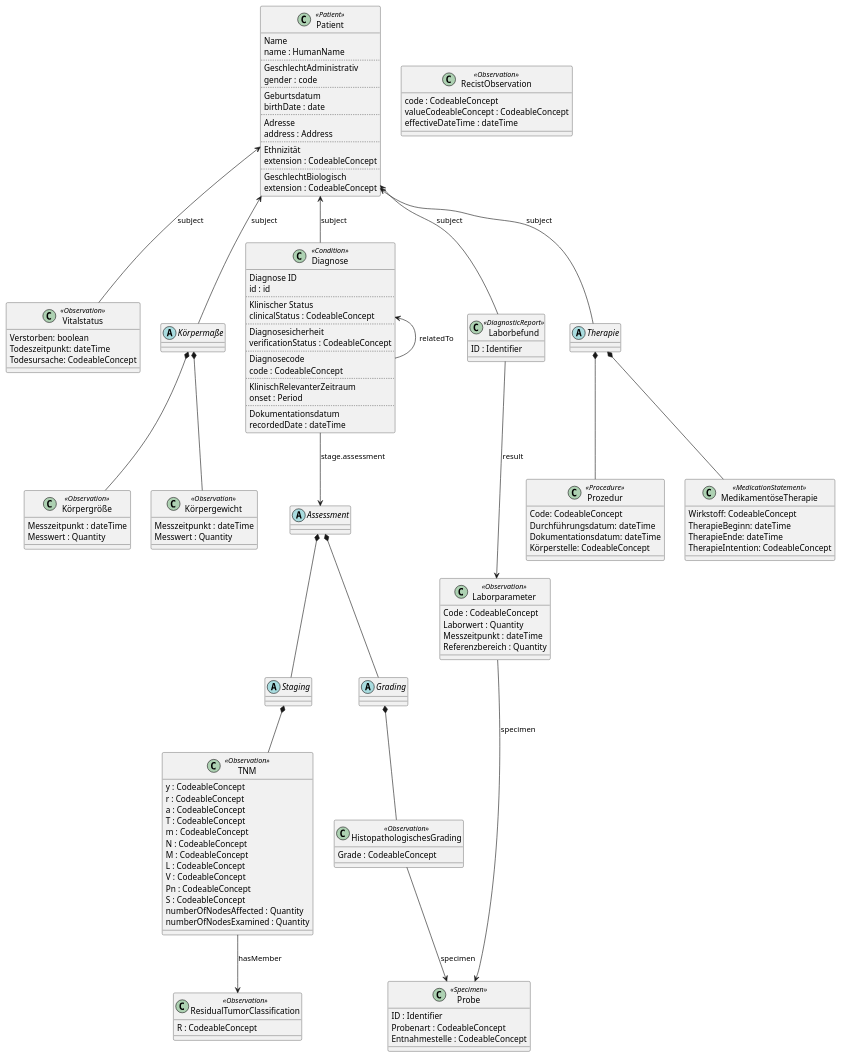
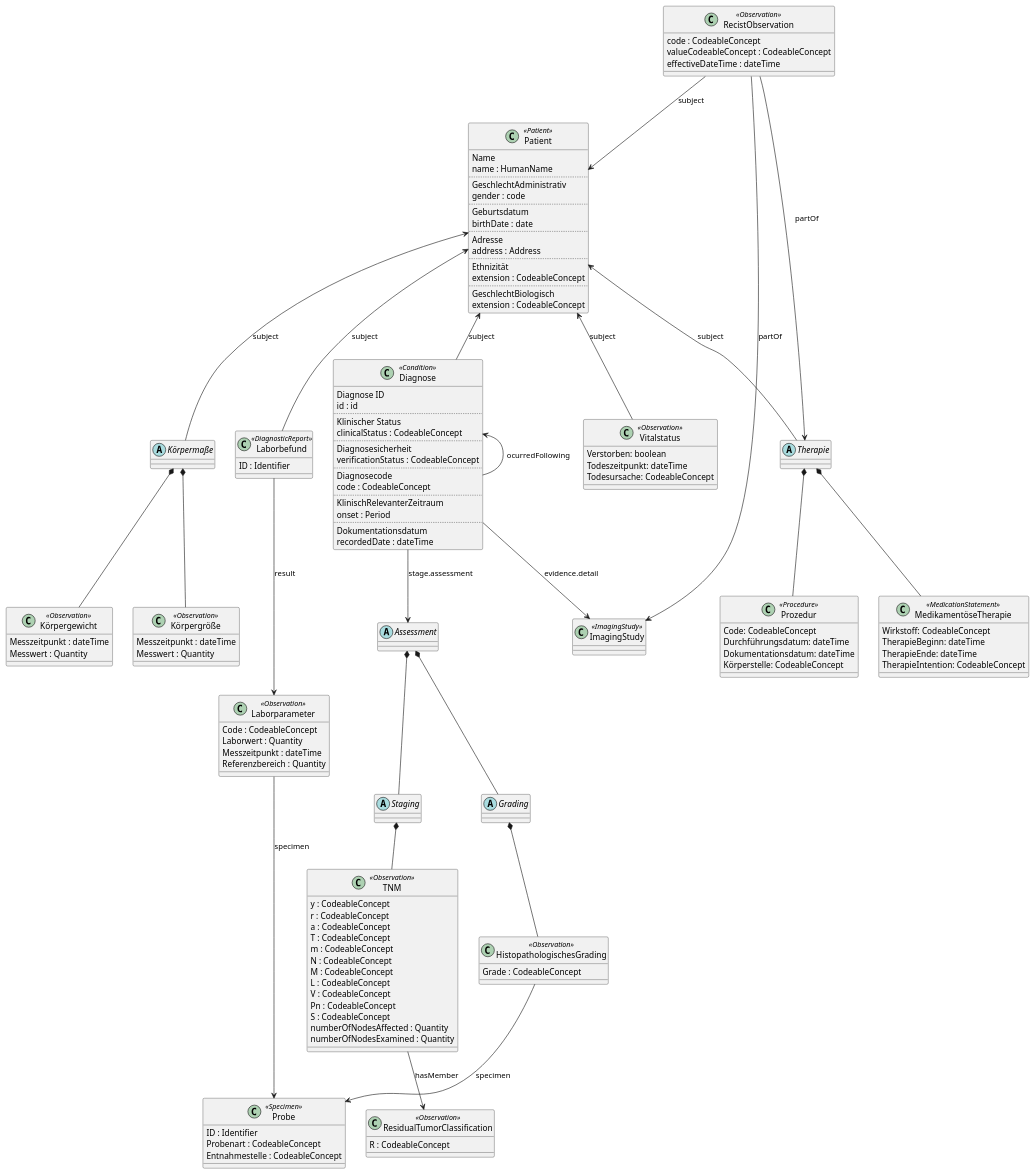
Before and after one commit to vision-zero-oncology/GOLD: the diagram in input/images/model.puml, drawn with PlantUML.

Commit message:
Added ImagingStudy including respective references

```diff
--- a/input/images/model.puml
+++ b/input/images/model.puml
@@ -1,173 +1,181 @@
 @startuml "GOLD"
 skinparam groupInheritance 2
 
 class Patient <<Patient>> {
     Name
     name : HumanName
     ..
     GeschlechtAdministrativ
     gender : code
     ..
     Geburtsdatum
     birthDate : date
     ..
     Adresse
     address : Address
     ..
     Ethnizität
     extension : CodeableConcept
     ..
     GeschlechtBiologisch
     extension : CodeableConcept
 }
 
 class Vitalstatus <<Observation>> {
     Verstorben: boolean
     Todeszeitpunkt: dateTime
     Todesursache: CodeableConcept
 }
 
 Patient <-- Vitalstatus : subject
 
 abstract Körpermaße {
 
 }
 
 Patient <-- Körpermaße : subject
 
 class Körpergröße <<Observation>> {
     Messzeitpunkt : dateTime
     Messwert : Quantity
 }
 
 Körpermaße *-- Körpergröße
 
 class Körpergewicht <<Observation>> {
     Messzeitpunkt : dateTime
     Messwert : Quantity
 }
 
 Körpermaße *-- Körpergewicht
 
 class Diagnose <<Condition>> {
     Diagnose ID
     id : id
     ..
     Klinischer Status
     clinicalStatus : CodeableConcept
     ..
     Diagnosesicherheit
     verificationStatus : CodeableConcept
     ..
     Diagnosecode
     code : CodeableConcept
     ..
     KlinischRelevanterZeitraum
     onset : Period
     ..
     Dokumentationsdatum
     recordedDate : dateTime
 }
 
+Diagnose --> ImagingStudy : evidence.detail
 Patient <-- Diagnose : subject
-Diagnose <-- Diagnose : "relatedTo"
+Diagnose <-- Diagnose : "ocurredFollowing"
 
 class RecistObservation <<Observation>> {
     code : CodeableConcept
     valueCodeableConcept : CodeableConcept
     effectiveDateTime : dateTime
 }
 
-
+RecistObservation --> Patient : subject
 
 class Laborbefund <<DiagnosticReport>> {
     ID : Identifier
 }
 
 Patient <-- Laborbefund : subject
+
+class ImagingStudy <<ImagingStudy>> {
+
+}
+
+RecistObservation --> ImagingStudy : partOf
+RecistObservation --> Therapie : partOf
 
 class Laborparameter <<Observation>> {
     Code : CodeableConcept
     Laborwert : Quantity
     Messzeitpunkt : dateTime
     Referenzbereich : Quantity
 }
 
 class Probe <<Specimen>> {
     ID : Identifier
     Probenart : CodeableConcept
     Entnahmestelle : CodeableConcept
 }
 
 Laborbefund --> Laborparameter : result
 Laborparameter --> Probe : specimen
 
 abstract Assessment {
 
 }
 
 abstract Staging {
 
 }
 
 abstract Grading {
 
 }
 
 class TNM <<Observation>> {
     y : CodeableConcept
     r : CodeableConcept
     a : CodeableConcept
     T : CodeableConcept
     m : CodeableConcept
     N : CodeableConcept
     M : CodeableConcept
     L : CodeableConcept
     V : CodeableConcept
     Pn : CodeableConcept
     S : CodeableConcept
     numberOfNodesAffected : Quantity
     numberOfNodesExamined : Quantity
 }
 
 class ResidualTumorClassification <<Observation>> {
     R : CodeableConcept
 }
 
 TNM --> ResidualTumorClassification : hasMember
 
 class HistopathologischesGrading <<Observation>> {
     Grade : CodeableConcept
 }
 
 Assessment *-- Staging
 Assessment *-- Grading
 Staging *-- TNM
 Grading *-- HistopathologischesGrading
 Diagnose --> Assessment : stage.assessment
 HistopathologischesGrading --> Probe : specimen
 
 abstract Therapie {
 
 }
 
 class Prozedur <<Procedure>> {
     Code: CodeableConcept
     Durchführungsdatum: dateTime
     Dokumentationsdatum: dateTime
     Körperstelle: CodeableConcept
 }
 
 Therapie *-- Prozedur
 
 class MedikamentöseTherapie <<MedicationStatement>> {
     Wirkstoff: CodeableConcept
     TherapieBeginn: dateTime
     TherapieEnde: dateTime
     TherapieIntention: CodeableConcept
 }
 
 Therapie *-- MedikamentöseTherapie
 Patient <-- Therapie : subject
 
 @enduml
```
